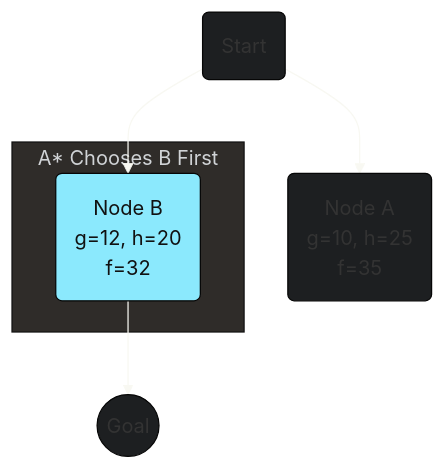
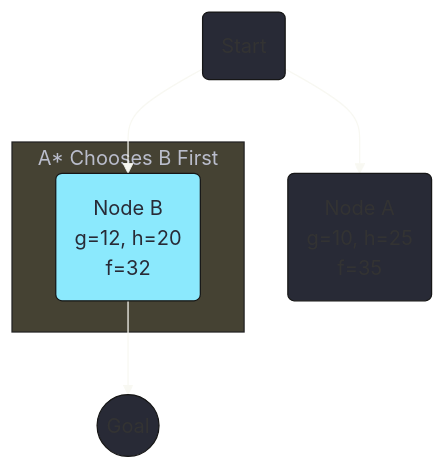
One commit to eltay89/eltay89.github.io changed the fourth of 6 diagrams in _posts/2025-08-08-ai-search-algorithms-a-z.md. Above: the diagram before and after it, drawn with Mermaid. The commit also changed other lines of this file, not shown here.

````diff
--- a/_posts/2025-08-08-ai-search-algorithms-a-z.md
+++ b/_posts/2025-08-08-ai-search-algorithms-a-z.md
@@ -180,14 +171,14 @@
 ```mermaid
-%%{ init: { 'theme': 'base', 'themeVariables': { 'primaryColor': '#1d1f21', 'lineColor': '#f8f8f2', 'textColor': '#f8f8f2' } } }%%
+%%{ init: { 'theme': 'base', 'themeVariables': { 'primaryColor': '#282a36', 'lineColor': '#f8f8f2', 'textColor': '#f8f8f2' } } }%%
 graph TD
     S(Start) --> A("Node A <br> g=10, h=25 <br> f=35")
     S --> B("Node B <br> g=12, h=20 <br> f=32")
 
-    subgraph A* Chooses B First
+    subgraph "A* Chooses B First"
         B
     end
     
     B --> G((Goal));
     
-    style B fill:#8be9fd,color:#111;
+    style B fill:#8be9fd,color:#282a36;
 ```
````
